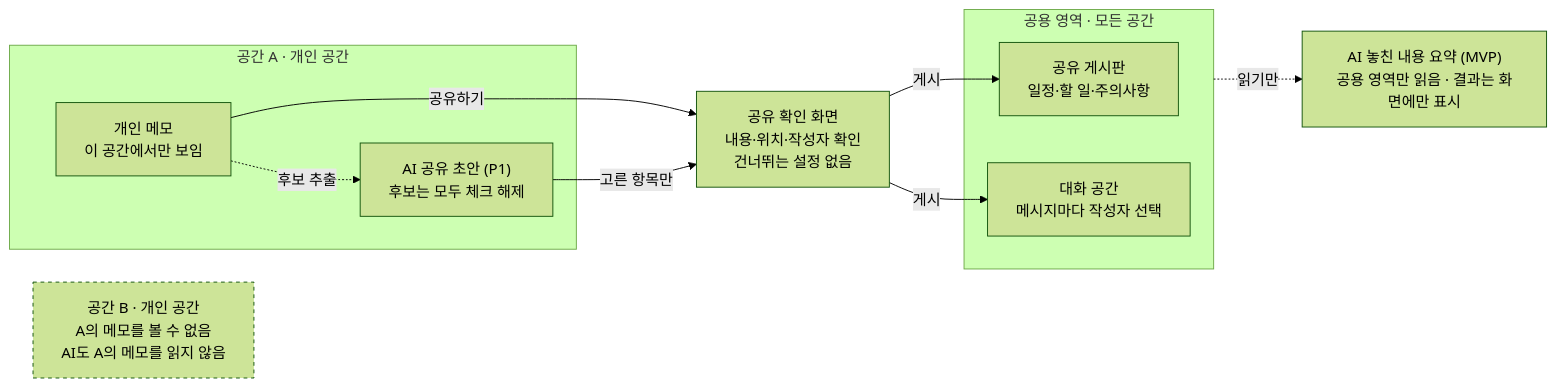
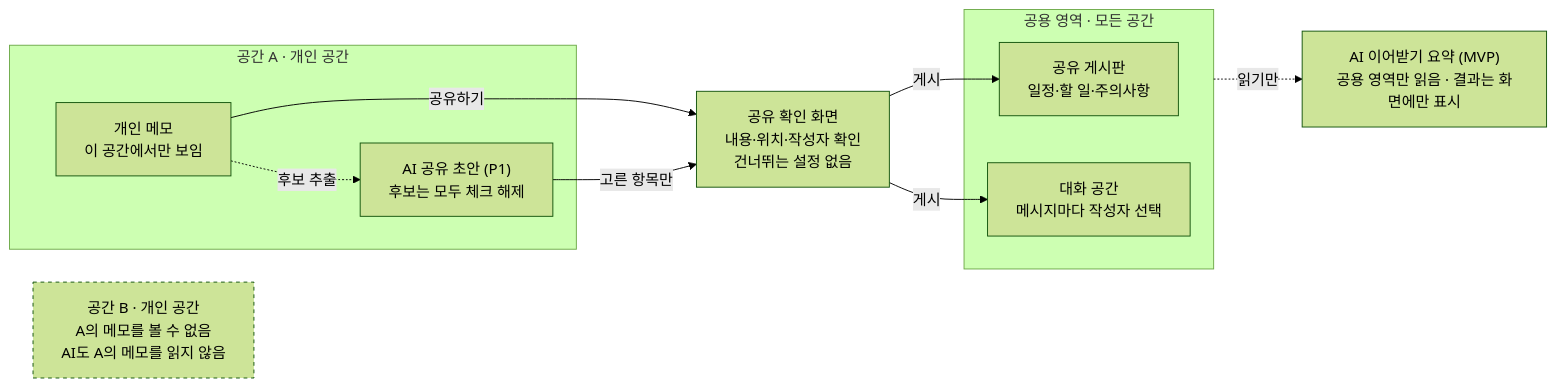
Before and after one commit to kokohama8572/continew-server: the diagram in spec/continew-feature-spec.md, drawn with Mermaid (forest theme). The commit also changed other lines of this file, not shown here.

First line of the commit message:
docs: 기능 명세서 v0.2 - 이어받기 흐름과 우선순위 재정리

````diff
--- a/spec/continew-feature-spec.md
+++ b/spec/continew-feature-spec.md
@@ -114,21 +152,21 @@
 ```mermaid
 flowchart LR
     subgraph A["공간 A · 개인 공간"]
         memo["개인 메모<br/>이 공간에서만 보임"]
         draft["AI 공유 초안 (P1)<br/>후보는 모두 체크 해제"]
         memo -.->|후보 추출| draft
     end
     confirm["공유 확인 화면<br/>내용·위치·작성자 확인<br/>건너뛰는 설정 없음"]
     subgraph S["공용 영역 · 모든 공간"]
         board["공유 게시판<br/>일정·할 일·주의사항"]
         chat["대화 공간<br/>메시지마다 작성자 선택"]
     end
-    summary["AI 놓친 내용 요약 (MVP)<br/>공용 영역만 읽음 · 결과는 화면에만 표시"]
+    summary["AI 이어받기 요약 (MVP)<br/>공용 영역만 읽음 · 결과는 화면에만 표시"]
     memo -->|공유하기| confirm
     draft -->|고른 항목만| confirm
     confirm -->|게시| board
     confirm -->|게시| chat
     S -.->|읽기만| summary
     B["공간 B · 개인 공간<br/>A의 메모를 볼 수 없음<br/>AI도 A의 메모를 읽지 않음"]:::quiet
     classDef quiet stroke-dasharray: 4 4
 ```
````
